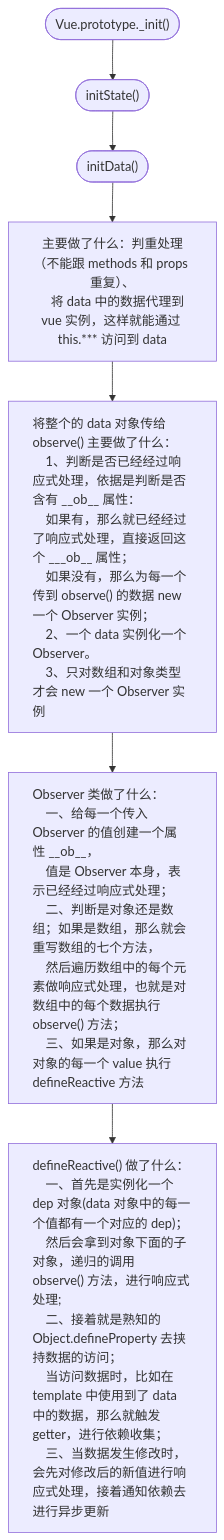
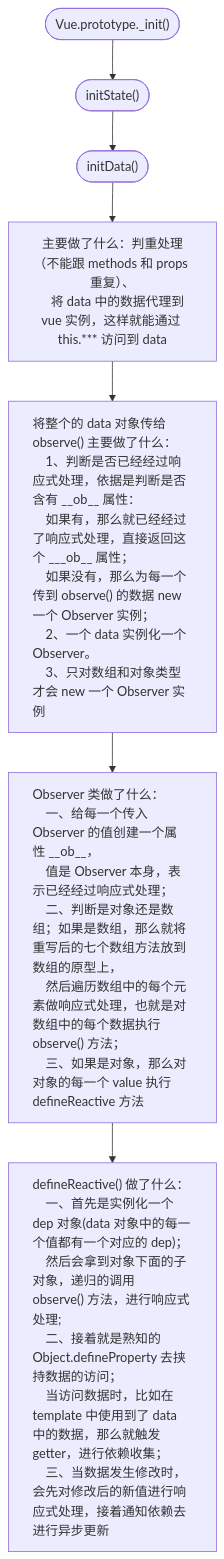
Before and after one commit to z-lunaticasylum/personalBlog: the second of 3 diagrams in vueCore/vue2-core-1.md, drawn with Mermaid. The commit also changed other lines of this file and 8 other files, not shown here.

````diff
--- a/vueCore/vue2-core-1.md
+++ b/vueCore/vue2-core-1.md
@@ -31,29 +31,29 @@
 ```mermaid
 flowchart TB
     style H text-align:left;
     style G text-align:left;
     style F text-align:left;
     A(["Vue.prototype._init()"])-->
     B(["initState()"])-->
     C(["initData() "])-->
     D["主要做了什么：判重处理（不能跟 methods 和 props 重复）、
     将 data 中的数据代理到 vue 实例，这样就能通过 this.*** 访问到 data"]-->
     F["将整个的 data 对象传给 observe() 主要做了什么：
     1、判断是否已经经过响应式处理，依据是判断是否含有 __ob__ 属性：
     如果有，那么就已经经过了响应式处理，直接返回这个 ___ob__ 属性；
     如果没有，那么为每一个传到 observe() 的数据 new 一个 Observer 实例；
     2、一个 data 实例化一个 Observer。
     3、只对数组和对象类型才会 new 一个 Observer 实例"]-->
     G[" Observer 类做了什么：
     一、给每一个传入 Observer 的值创建一个属性 __ob__，
     值是 Observer 本身，表示已经经过响应式处理；
-    二、判断是对象还是数组；如果是数组，那么就会重写数组的七个方法，
+    二、判断是对象还是数组；如果是数组，那么就将重写后的七个数组方法放到数组的原型上，
     然后遍历数组中的每个元素做响应式处理，也就是对数组中的每个数据执行 observe() 方法；
     三、如果是对象，那么对对象的每一个 value 执行 defineReactive 方法"]-->
     H["defineReactive() 做了什么：
     一、首先是实例化一个 dep 对象(data 对象中的每一个值都有一个对应的 dep)；
     然后会拿到对象下面的子对象，递归的调用 observe() 方法，进行响应式处理;
     二、接着就是熟知的 Object.defineProperty 去挟持数据的访问；
     当访问数据时，比如在 template 中使用到了 data 中的数据，那么就触发 getter，进行依赖收集；
     三、当数据发生修改时，会先对修改后的新值进行响应式处理，接着通知依赖去进行异步更新"]
 ```
````
